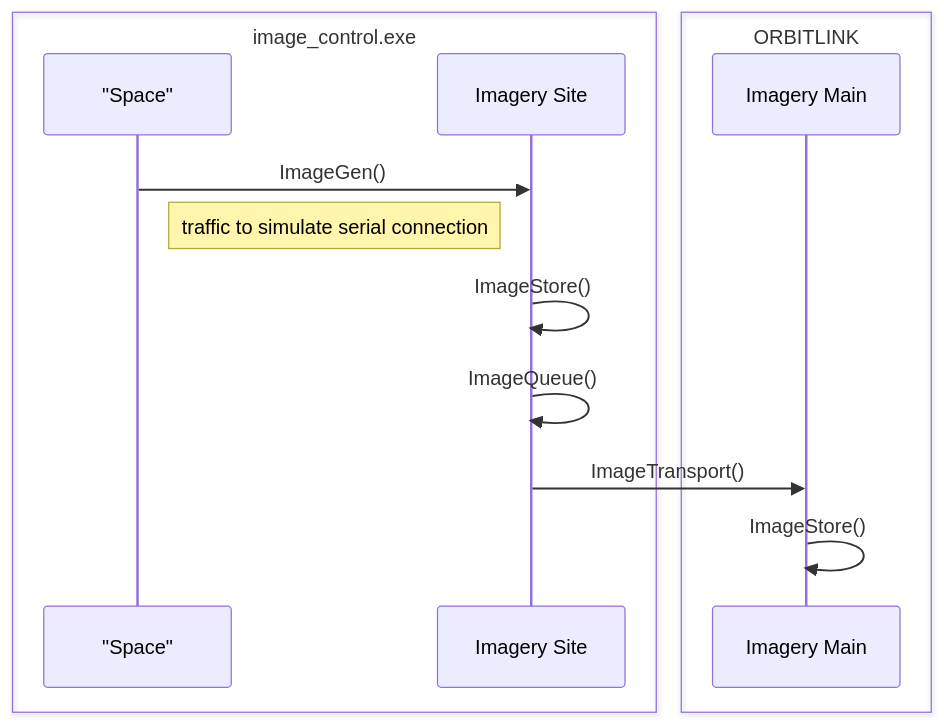
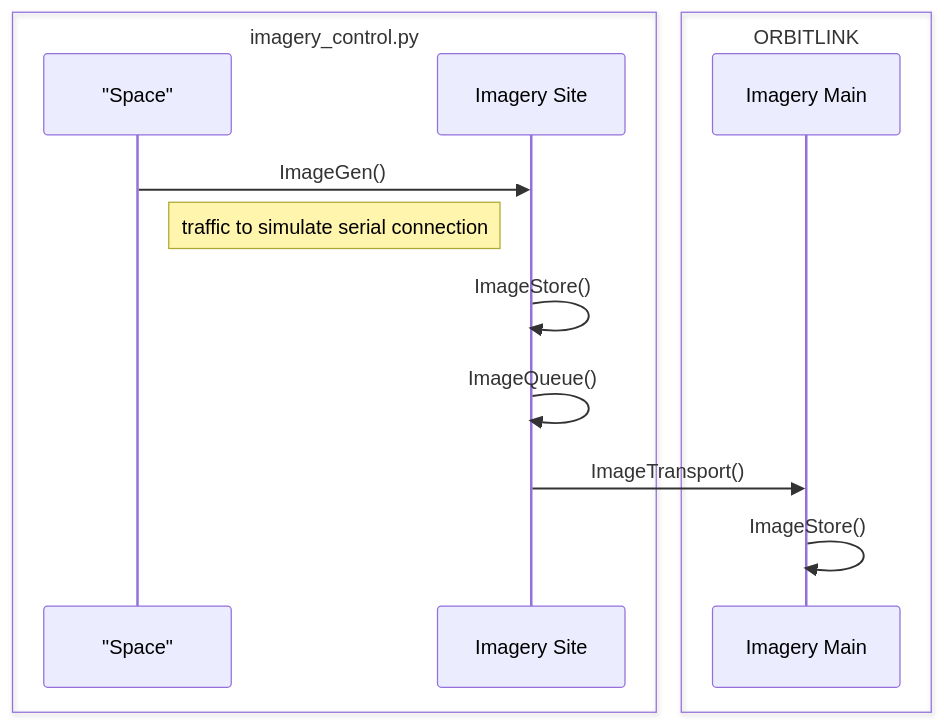
Before and after one commit to blues-clues-security/orbitlink: the second of 3 diagrams in README.md, drawn with Mermaid. The commit also changed other lines of this file and 54 other files, not shown here.

````diff
--- a/README.md
+++ b/README.md
@@ -55,17 +82,17 @@
 ```mermaid
 sequenceDiagram
-box image_control.exe
+box imagery_control.py
 participant "Space"
 participant Imagery Site
 end
 box ORBITLINK
 participant Imagery Main
 end
 
 "Space"->>Imagery Site: ImageGen()
 Note right of "Space": traffic to simulate serial connection 
 Imagery Site->>Imagery Site: ImageStore()
 Imagery Site->>Imagery Site: ImageQueue()
 Imagery Site->>Imagery Main: ImageTransport()
 Imagery Main->>Imagery Main: ImageStore()
 ```
````
